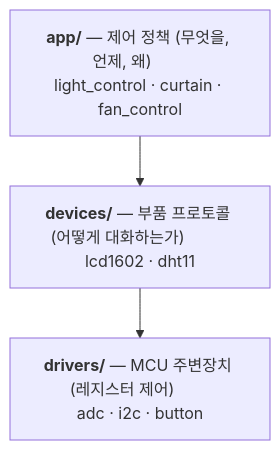
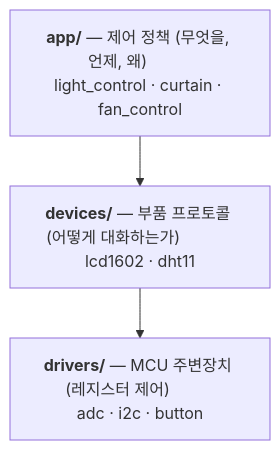
The second of 5 diagrams in README.md (dlgus0630/Project01_SmartHome), drawn with Mermaid before and after one commit.

````diff
--- a/README.md
+++ b/README.md
@@ -140,7 +140,7 @@
 ```mermaid
 flowchart TB
-    APP["<b>app/</b> — 제어 정책 (무엇을, 언제, 왜)&nbsp;&nbsp;&nbsp;&nbsp;&nbsp;&nbsp;&nbsp;&nbsp;<br/>light_control · curtain · fan_control"]
-    DEV["<b>devices/</b> — 부품 프로토콜 (어떻게 대화하는가)&nbsp;&nbsp;&nbsp;&nbsp;&nbsp;&nbsp;&nbsp;&nbsp;&nbsp;&nbsp;<br/>lcd1602 · dht11"]
-    DRV["<b>drivers/</b> — MCU 주변장치 (레지스터 제어)&nbsp;&nbsp;&nbsp;&nbsp;&nbsp;&nbsp;&nbsp;&nbsp;<br/>adc · i2c · button"]
+    APP["<b>app/</b> — 제어 정책 (무엇을, 언제, 왜)&nbsp;&nbsp;&nbsp;&nbsp;&nbsp;&nbsp;&nbsp;&nbsp;&nbsp;&nbsp;<br/>light_control · curtain · fan_control"]
+    DEV["<b>devices/</b> — 부품 프로토콜 (어떻게 대화하는가)&nbsp;&nbsp;&nbsp;&nbsp;&nbsp;&nbsp;&nbsp;&nbsp;&nbsp;&nbsp;&nbsp;&nbsp;<br/>lcd1602 · dht11"]
+    DRV["<b>drivers/</b> — MCU 주변장치 (레지스터 제어)&nbsp;&nbsp;&nbsp;&nbsp;&nbsp;&nbsp;&nbsp;&nbsp;&nbsp;&nbsp;<br/>adc · i2c · button"]
     APP --> DEV --> DRV
 ```
````
